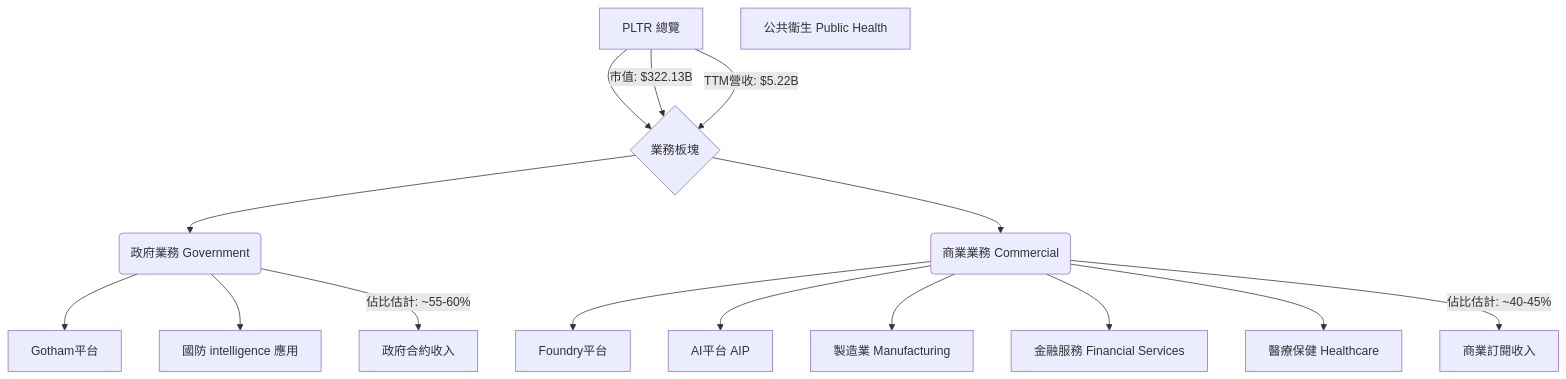
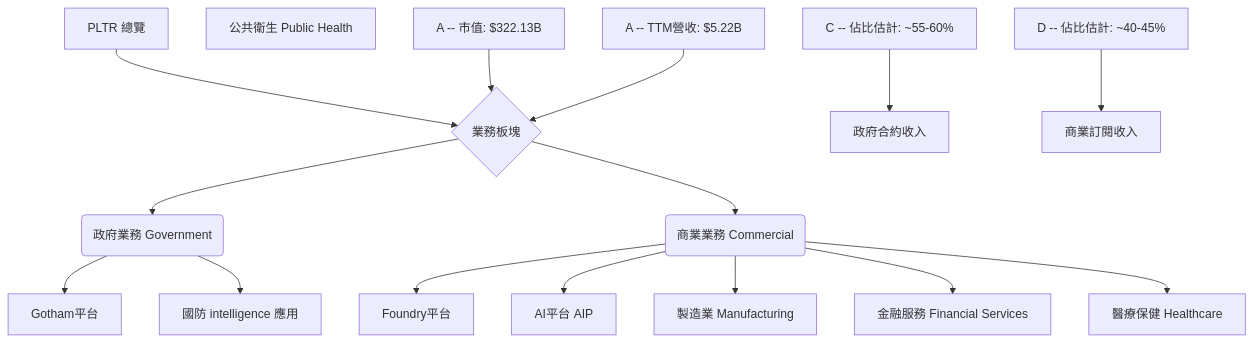
Before and after one commit to yennanliu/finance_data: the second of 14 diagrams in ai_gen_report/stock/pltr/fundamental_analysis_2026-07-07_gemini.md, drawn with Mermaid. The commit also changed other lines of this file and 2258 other files, not shown here.

First line of the commit message:
chore: backfill Mermaid syntax repair across existing reports

````diff
--- a/ai_gen_report/stock/pltr/fundamental_analysis_2026-07-07_gemini.md
+++ b/ai_gen_report/stock/pltr/fundamental_analysis_2026-07-07_gemini.md
@@ -148,23 +148,23 @@
 ```mermaid
 graph TD
-    A[PLTR 總覽] --> B{業務板塊}
-    B --> C(政府業務 Government)
-    B --> D(商業業務 Commercial)
+    A["PLTR 總覽"] --> B{"業務板塊"}
+    B --> C("政府業務 Government")
+    B --> D("商業業務 Commercial")
 
-    C --> C1[Gotham平台]
-    C --> C2[國防 intelligence 應用]
-    C3[公共衛生 Public Health]
-    C4[政府合約收入]
+    C --> C1["Gotham平台"]
+    C --> C2["國防 intelligence 應用"]
+    C3["公共衛生 Public Health"]
+    C4["政府合約收入"]
 
-    D --> D1[Foundry平台]
-    D --> D2[AI平台 AIP]
-    D --> D3[製造業 Manufacturing]
-    D --> D4[金融服務 Financial Services]
-    D --> D5[醫療保健 Healthcare]
-    D6[商業訂閱收入]
+    D --> D1["Foundry平台"]
+    D --> D2["AI平台 AIP"]
+    D --> D3["製造業 Manufacturing"]
+    D --> D4["金融服務 Financial Services"]
+    D --> D5["醫療保健 Healthcare"]
+    D6["商業訂閱收入"]
 
-    A -- "市值: $322.13B" --> B
-    A -- "TTM營收: $5.22B" --> B
-    C -- "佔比估計: ~55-60%" --> C4
-    D -- "佔比估計: ~40-45%" --> D6
+    nb1["A -- "市值: $322.13B""] --> B
+    nb2["A -- "TTM營收: $5.22B""] --> B
+    nb3["C -- "佔比估計: ~55-60%""] --> C4
+    nb4["D -- "佔比估計: ~40-45%""] --> D6
 ```
````
